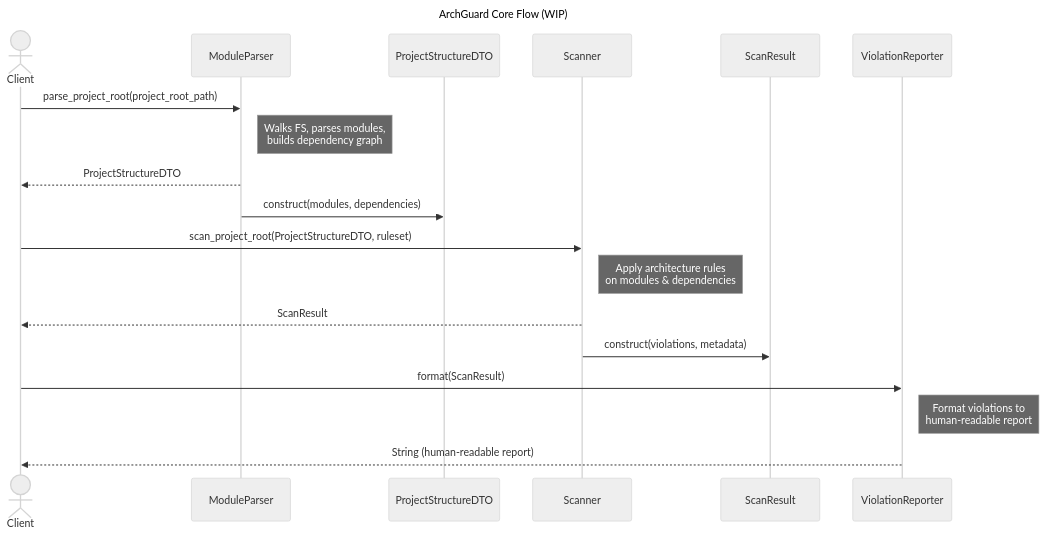
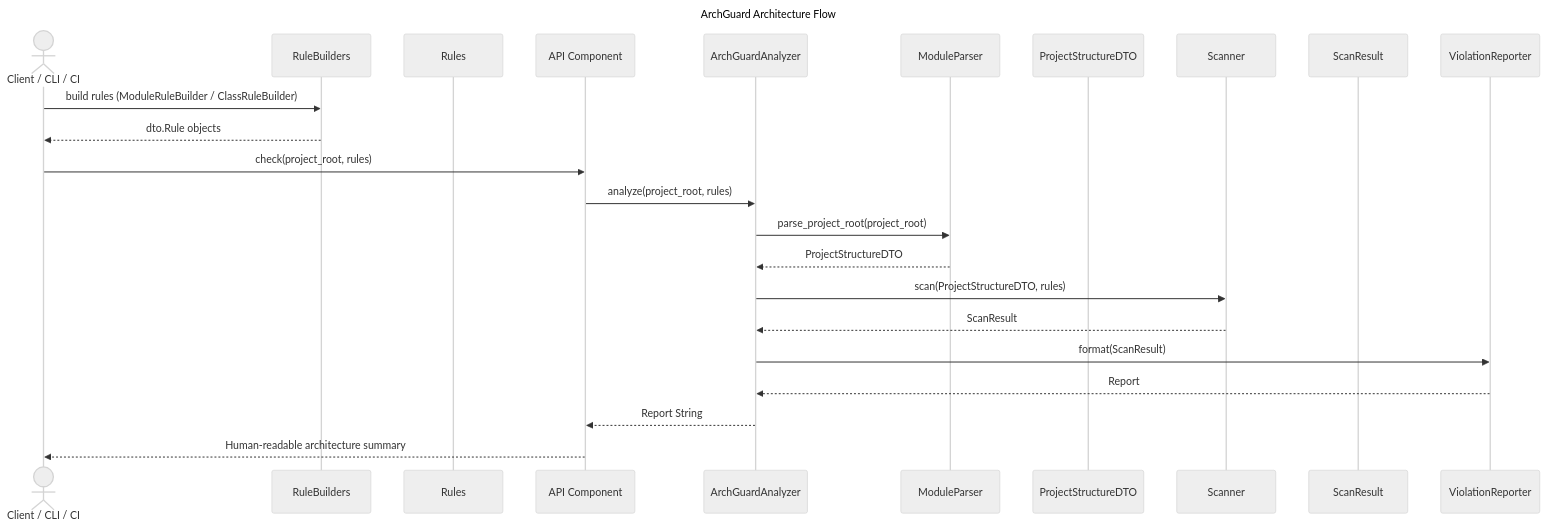
The diagram in docs/architecture.md (akhundMurad/archguard), drawn with Mermaid (neutral theme) before and after one commit. The commit also changed other lines of this file and 12 other files, not shown here.

First line of the commit message:
**feat: add rule builders and extend rule model**

````diff
--- a/docs/architecture.md
+++ b/docs/architecture.md
@@ -46,25 +171,34 @@
 ```mermaid
 sequenceDiagram
-    title ArchGuard Core Flow (WIP)
+    title ArchGuard Architecture Flow
 
-    actor Client as Client
+    actor Client as Client / CLI / CI
+    participant RB as RuleBuilders
+    participant Rule as Rules
+    participant API as API Component
+    participant AA as ArchGuardAnalyzer
     participant MP as ModuleParser
     participant DTO as ProjectStructureDTO
     participant SC as Scanner
     participant SR as ScanResult
     participant VR as ViolationReporter
 
-    Client->>MP: parse_project_root(project_root_path)
-    note right of MP: Walks FS, parses modules,<br/>builds dependency graph
-    MP-->>Client: ProjectStructureDTO
-    MP->>DTO: construct(modules, dependencies)
+    Client->>RB: build rules (ModuleRuleBuilder / ClassRuleBuilder)
+    RB-->>Client: dto.Rule objects
 
-    Client->>SC: scan_project_root(ProjectStructureDTO, ruleset)
-    note right of SC: Apply architecture rules<br/>on modules & dependencies
-    SC-->>Client: ScanResult
-    SC->>SR: construct(violations, metadata)
+    Client->>API: check(project_root, rules)
 
-    Client->>VR: format(ScanResult)
-    note right of VR: Format violations to<br/>human-readable report
-    VR-->>Client: String (human-readable report)
+    API->>AA: analyze(project_root, rules)
+
+    AA->>MP: parse_project_root(project_root)
+    MP-->>AA: ProjectStructureDTO
+
+    AA->>SC: scan(ProjectStructureDTO, rules)
+    SC-->>AA: ScanResult
+
+    AA->>VR: format(ScanResult)
+    VR-->>AA: Report
+
+    AA-->>API: Report String
+    API-->>Client: Human-readable architecture summary
 ```
````
